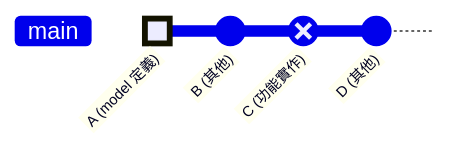
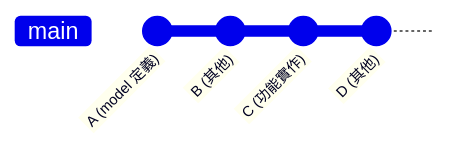
One commit to tarrragon/blog changed the first of 2 diagrams in content/work-log/git_move_partial_change_to_earlier_commit.md. Above: the diagram before and after it, drawn with Mermaid. The commit also changed other lines of this file, not shown here.

First line of the commit message:
fix(work-log): 移除失效的 mermaid 圖例，改用清晰的文字列表

````diff
--- a/content/work-log/git_move_partial_change_to_earlier_commit.md
+++ b/content/work-log/git_move_partial_change_to_earlier_commit.md
@@ -14,7 +14,7 @@
 ```mermaid
 gitGraph
-   commit id: "A (model 定義)" type: HIGHLIGHT
+   commit id: "A (model 定義)"
    commit id: "B (其他)"
-   commit id: "C (功能實作)" type: REVERSE
+   commit id: "C (功能實作)"
    commit id: "D (其他)"
 ```
````
